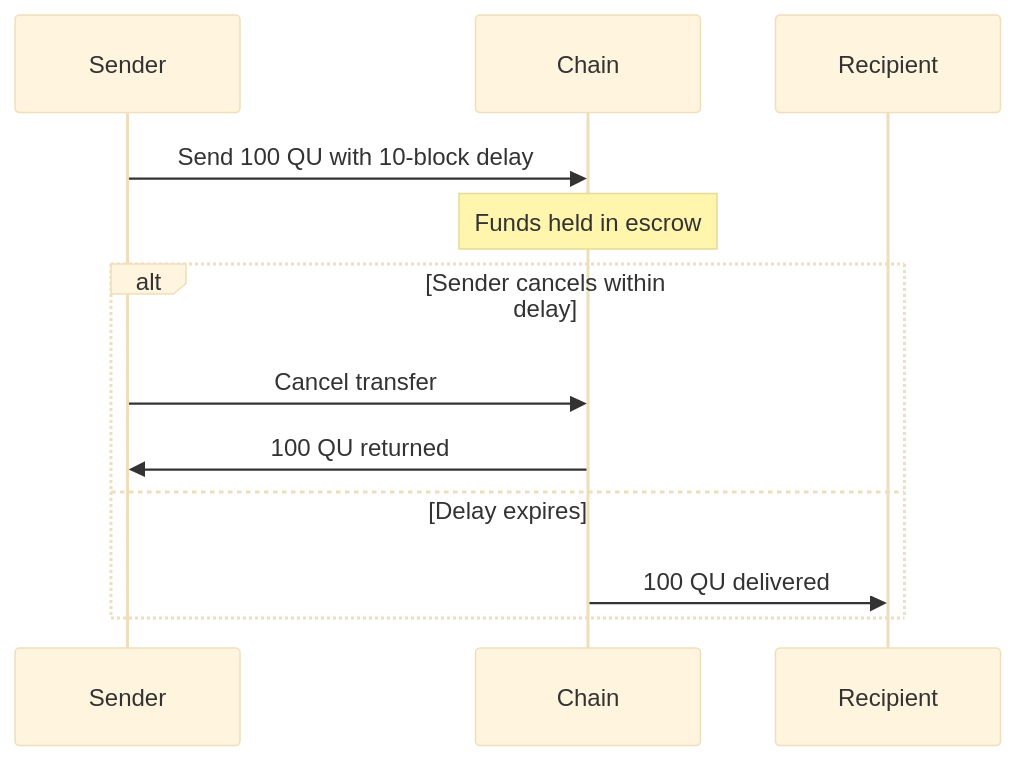
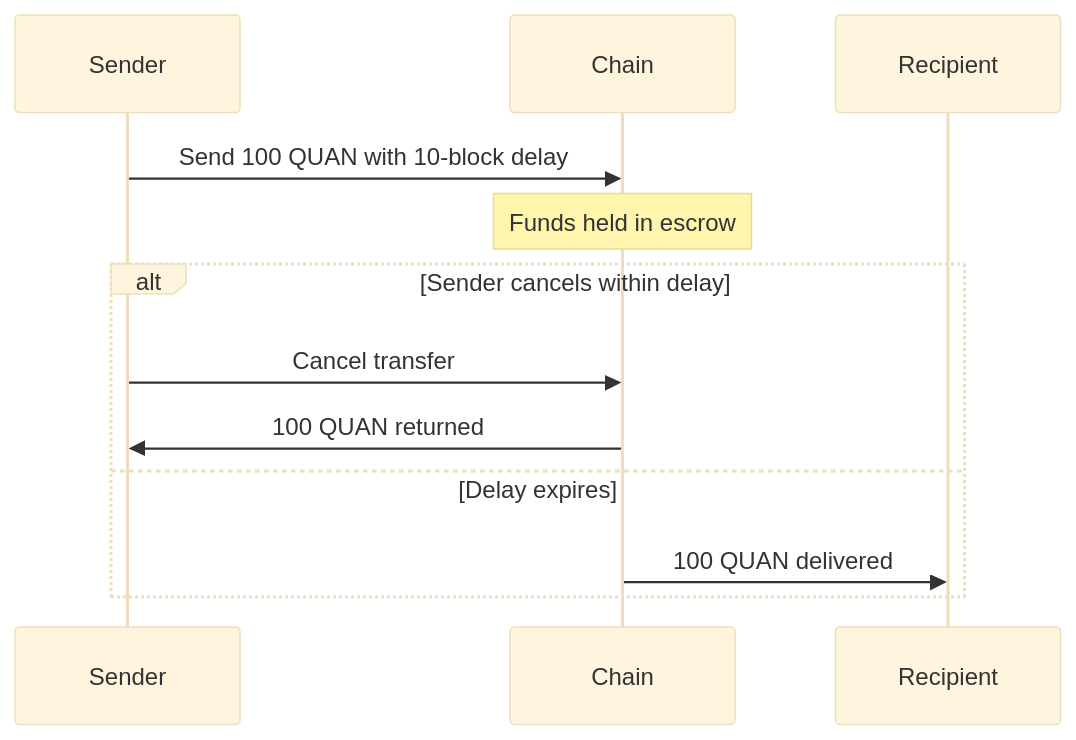
Before and after one commit to Quantus-Network/docs: the first of 2 diagrams in docs/deep-dives/safety.md, drawn with Mermaid (base theme). The commit also changed 16 other files, not shown here.

````diff
--- a/docs/deep-dives/safety.md
+++ b/docs/deep-dives/safety.md
@@ -33,16 +33,16 @@
 ```mermaid
 sequenceDiagram
     participant Sender
     participant Chain
     participant Recipient
 
-    Sender->>Chain: Send 100 QU with 10-block delay
+    Sender->>Chain: Send 100 QUAN with 10-block delay
     Note over Chain: Funds held in escrow
 
     alt Sender cancels within delay
         Sender->>Chain: Cancel transfer
-        Chain->>Sender: 100 QU returned
+        Chain->>Sender: 100 QUAN returned
     else Delay expires
-        Chain->>Recipient: 100 QU delivered
+        Chain->>Recipient: 100 QUAN delivered
     end
 ```
````
